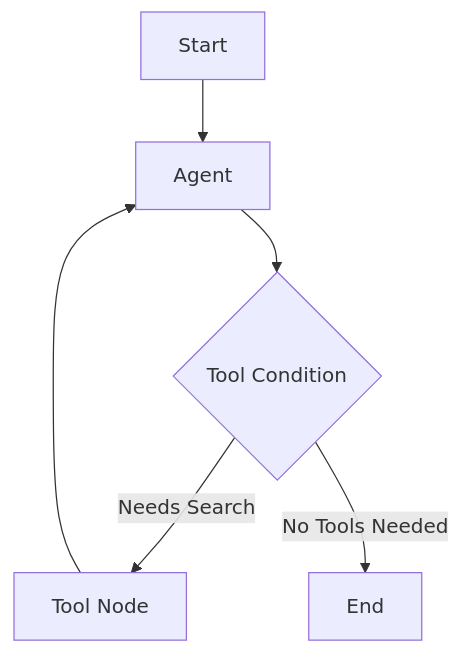
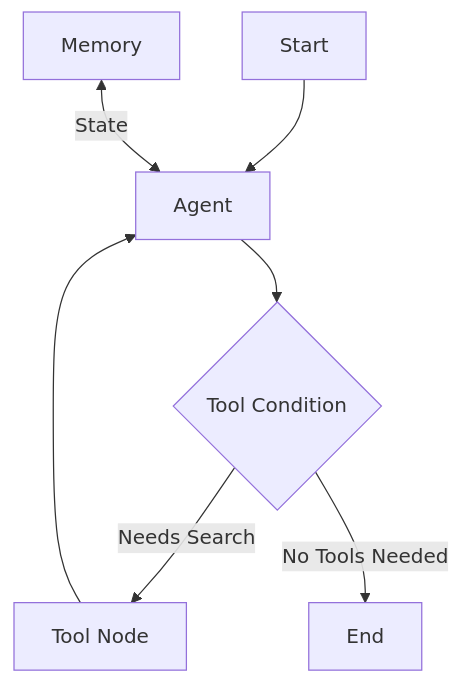
The diagram in README.md (lenaar/ai-agent-simple), drawn with Mermaid before and after one commit. The commit also changed other lines of this file and 2 other files, not shown here.

Commit message:
refactor: change the name of agent with langgraph and memory

````diff
--- a/README.md
+++ b/README.md
@@ -40,8 +57,9 @@
 ```mermaid
 graph TD
     A[Start] --> B[Agent]
     B --> C{Tool Condition}
     C -->|Needs Search| D[Tool Node]
     D --> B
     C -->|No Tools Needed| E[End]
+    M[Memory] <-->|State| B
 ```
````
